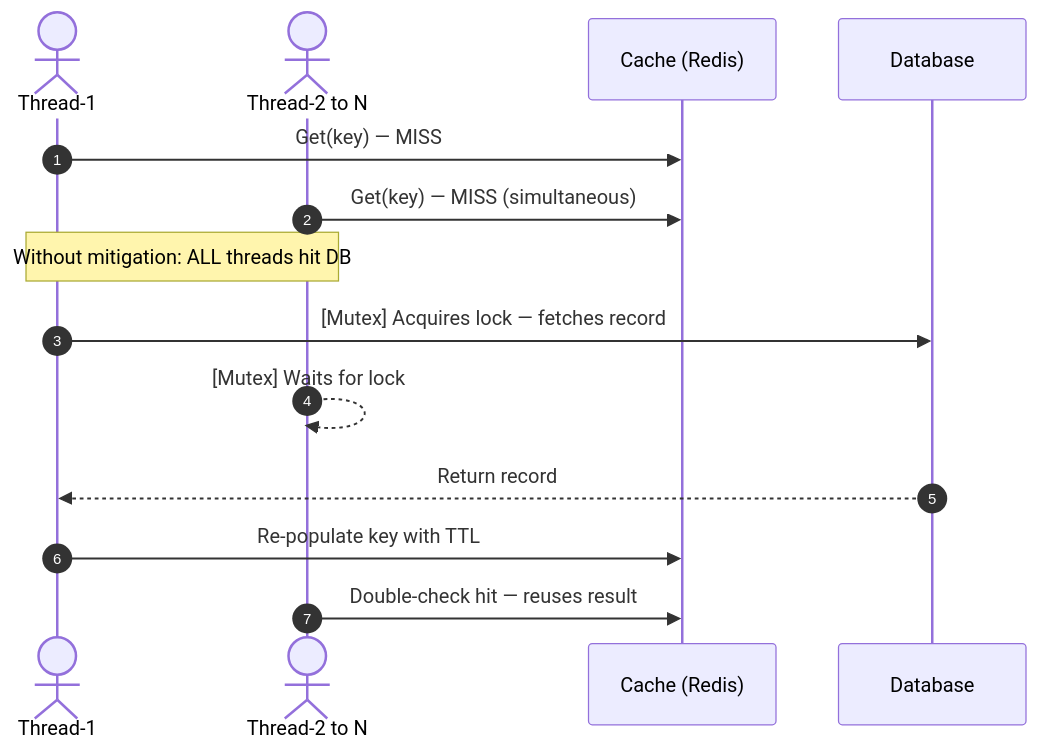
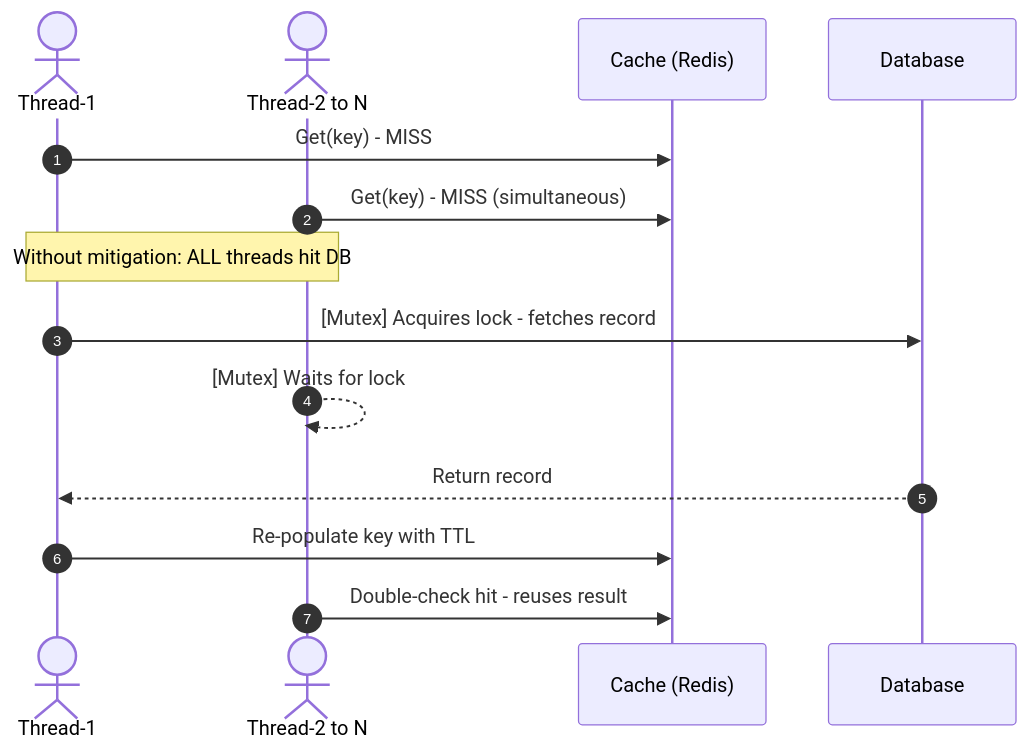
One commit to Jatinghataliya/caching-strategy changed the seventh of 10 diagrams in README.md. Above: the diagram before and after it, drawn with Mermaid. The commit also changed other lines of this file, not shown here.

First line of the commit message:
fix: remove all invalid special characters from Mermaid sequence diagrams

````diff
--- a/README.md
+++ b/README.md
@@ -210,17 +210,17 @@
 ```mermaid
 sequenceDiagram
     autonumber
     actor T1 as Thread-1
     actor T2 as Thread-2 to N
     participant Cache as Cache (Redis)
     participant DB as Database
 
-    T1->>Cache: Get(key) — MISS
-    T2->>Cache: Get(key) — MISS (simultaneous)
+    T1->>Cache: Get(key) - MISS
+    T2->>Cache: Get(key) - MISS (simultaneous)
     Note over T1,T2: Without mitigation: ALL threads hit DB
-    T1->>DB: [Mutex] Acquires lock — fetches record
+    T1->>DB: [Mutex] Acquires lock - fetches record
     T2-->>T2: [Mutex] Waits for lock
     DB-->>T1: Return record
     T1->>Cache: Re-populate key with TTL
-    T2->>Cache: Double-check hit — reuses result
+    T2->>Cache: Double-check hit - reuses result
 ```
````
